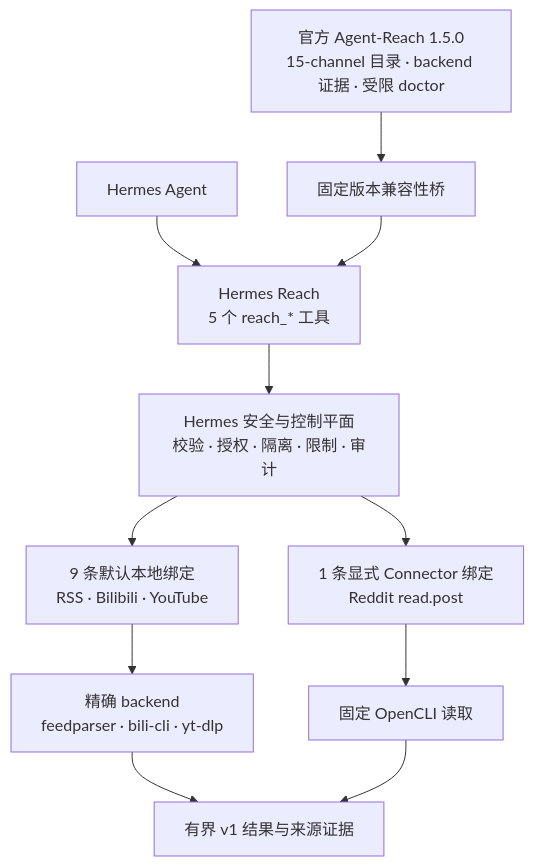
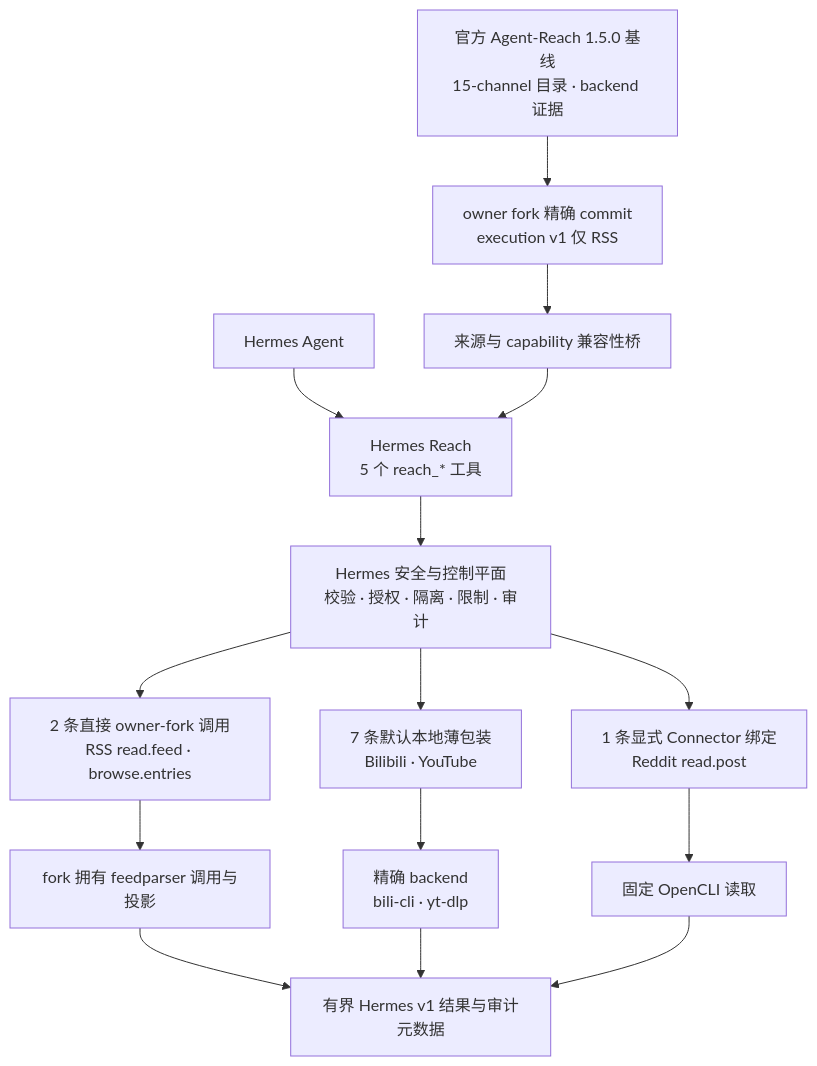
The first of 2 diagrams in README.md (izumi0uu/hermes-reach), drawn with Mermaid before and after one commit. The commit also changed other lines of this file and 16 other files, not shown here.

Commit message:
docs(agent-reach): freeze owner-fork execution boundary

````diff
--- a/README.md
+++ b/README.md
@@ -261,13 +276,17 @@
 ```mermaid
 flowchart TD
     Hermes["Hermes Agent"] --> Plugin["Hermes Reach<br/>5 个 reach_* 工具"]
-    Upstream["官方 Agent-Reach 1.5.0<br/>15-channel 目录 · backend 证据 · 受限 doctor"] --> Bridge["固定版本兼容性桥"]
+    Upstream["官方 Agent-Reach 1.5.0 基线<br/>15-channel 目录 · backend 证据"] --> Fork["owner fork 精确 commit<br/>execution v1 仅 RSS"]
+    Fork --> Bridge["来源与 capability 兼容性桥"]
     Bridge --> Plugin
     Plugin --> Guard["Hermes 安全与控制平面<br/>校验 · 授权 · 隔离 · 限制 · 审计"]
-    Guard --> Local["9 条默认本地绑定<br/>RSS · Bilibili · YouTube"]
+    Guard --> RSS["2 条直接 owner-fork 调用<br/>RSS read.feed · browse.entries"]
+    Guard --> Local["7 条默认本地薄包装<br/>Bilibili · YouTube"]
     Guard --> Connector["1 条显式 Connector 绑定<br/>Reddit read.post"]
-    Local --> Backends["精确 backend<br/>feedparser · bili-cli · yt-dlp"]
+    RSS --> Feedparser["fork 拥有 feedparser 调用与投影"]
+    Local --> Backends["精确 backend<br/>bili-cli · yt-dlp"]
     Connector --> OpenCLI["固定 OpenCLI 读取"]
-    Backends --> Results["有界 v1 结果与来源证据"]
+    Feedparser --> Results["有界 Hermes v1 结果与审计元数据"]
+    Backends --> Results
     OpenCLI --> Results
 ```
````
